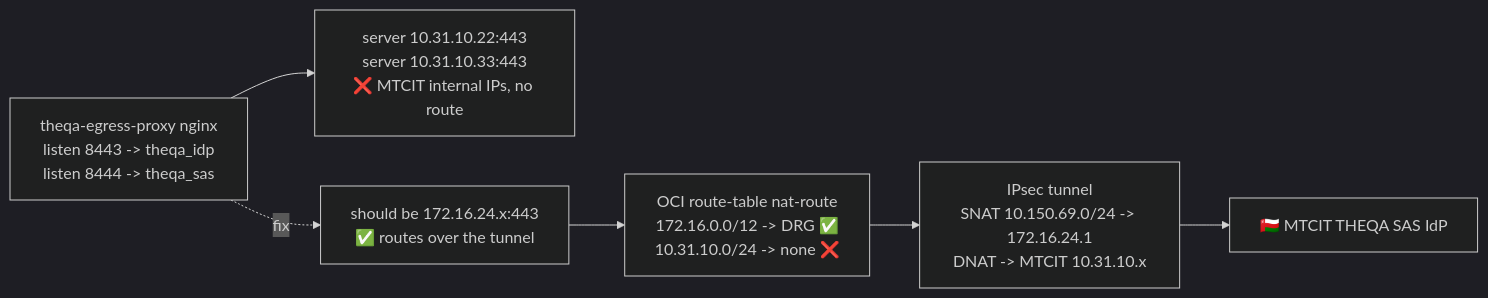
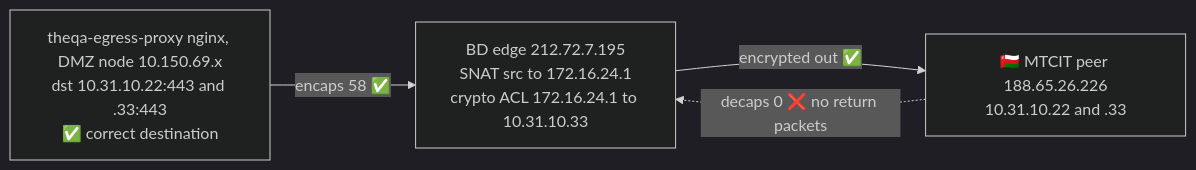
Before and after one commit to alierenbaysal/open-banking-mobile-v2: the second of 2 diagrams in theqa-integration-artifacts/THEQA_Traffic_Flow.md, drawn with Mermaid (dark theme). The commit also changed other lines of this file, not shown here.

Commit message:
docs(theqa): correct addressing — outbound dials real 10.31.10.x (src NAT 172.16.24.1), inbound ACS is 172.16.24.2; blocker is tunnel return path decaps=0, not the egress IP (#15)

````diff
--- a/theqa-integration-artifacts/THEQA_Traffic_Flow.md
+++ b/theqa-integration-artifacts/THEQA_Traffic_Flow.md
@@ -95,14 +102,9 @@
 ```mermaid
 flowchart LR
-    EG["theqa-egress-proxy nginx<br>listen 8443 -> theqa_idp<br>listen 8444 -> theqa_sas"]
-    BAD["server 10.31.10.22:443<br>server 10.31.10.33:443<br>❌ MTCIT internal IPs, no route"]
-    GOOD["should be 172.16.24.x:443<br>✅ routes over the tunnel"]
-    RT["OCI route-table nat-route<br>172.16.0.0/12 -> DRG ✅<br>10.31.10.0/24 -> none ❌"]
-    TUN["IPsec tunnel<br>SNAT 10.150.69.0/24 -> 172.16.24.1<br>DNAT -> MTCIT 10.31.10.x"]
-
-    EG --> BAD
-    EG -. fix .-> GOOD
-    GOOD --> RT
-    RT --> TUN
-    TUN --> MTCIT["🇴🇲 MTCIT THEQA SAS IdP"]
+    EG["theqa-egress-proxy nginx, DMZ node 10.150.69.x<br>dst 10.31.10.22:443 and .33:443<br>✅ correct destination"]
+    FW["BD edge 212.72.7.195<br>SNAT src to 172.16.24.1<br>crypto ACL 172.16.24.1 to 10.31.10.33"]
+    MTCIT["🇴🇲 MTCIT peer 188.65.26.226<br>10.31.10.22 and .33"]
+    EG -->|encaps 58 ✅| FW
+    FW -->|encrypted out ✅| MTCIT
+    MTCIT -. decaps 0 ❌ no return packets .-> FW
 ```
````
